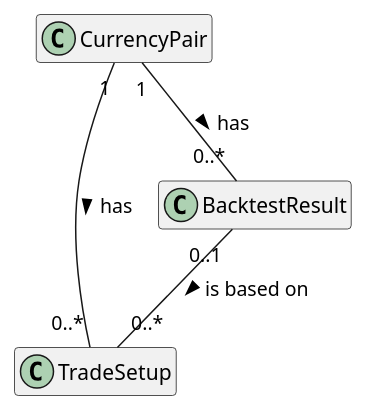
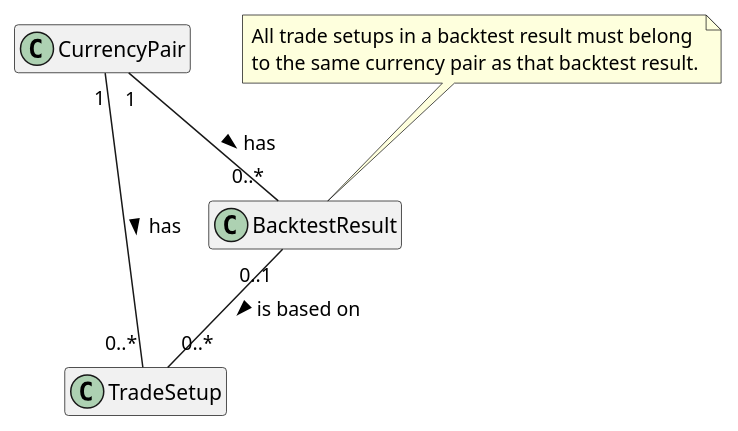
Before and after one commit to dan119524/nexus-trade: the diagram in docs/design/uml/domain-model.puml, drawn with PlantUML. The commit also changed 6 other files, not shown here.

```diff
--- a/docs/design/uml/domain-model.puml
+++ b/docs/design/uml/domain-model.puml
@@ -1,15 +1,18 @@
 @startuml domain-model
 ' Source: docs/design/requirements.md, sections "Domain Entities" and
 ' "Relationships and Multiplicities". requirements.md defines no attributes
 ' or methods yet, so the classes are shown by name only.
 skinparam classAttributeIconSize 0
 hide empty members
 
 class CurrencyPair
 class TradeSetup
 class BacktestResult
 
 CurrencyPair "1" -- "0..*" TradeSetup : has >
 CurrencyPair "1" -- "0..*" BacktestResult : has >
 BacktestResult "0..1" -- "0..*" TradeSetup : is based on >
+
+note "All trade setups in a backtest result must belong\nto the same currency pair as that backtest result." as SamePair
+SamePair .. BacktestResult
 @enduml
```
